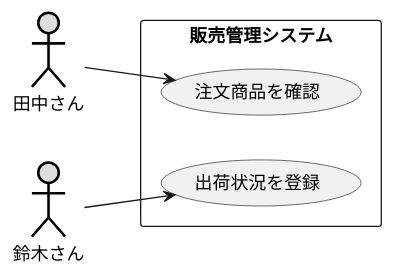
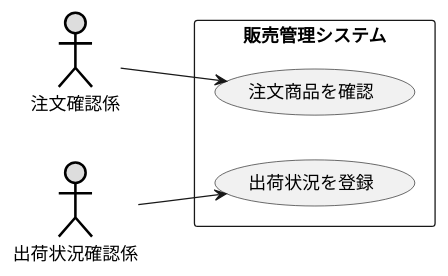
The diagram in 2/演習2-5_盛岡商事_販売管理システム.pu (chibachibaibu2003/laughing-carnival), drawn with PlantUML before and after one commit. The commit also changed 1 other file, not shown here.

```diff
--- a/2/演習2-5_盛岡商事_販売管理システム.pu
+++ b/2/演習2-5_盛岡商事_販売管理システム.pu
@@ -1,11 +1,11 @@
 @startuml ユースケース図
     left to right direction
-    actor 田中さん#DDDDDD;line:black;line.bold;
-    actor 鈴木さん#DDDDDD;line:black;line.bold;
+    actor 注文確認係 as person1#DDDDDD;line:black;line.bold; 
+    actor 出荷状況確認係 as person2#DDDDDD;line:black;line.bold; 
     rectangle 販売管理システム{
         usecase (注文商品を確認) as text1
         usecase (出荷状況を登録) as text2
     }
-    田中さん-->text1
-    鈴木さん-->text2
+    person1-->text1
+    person2-->text2
 @enduml
```
